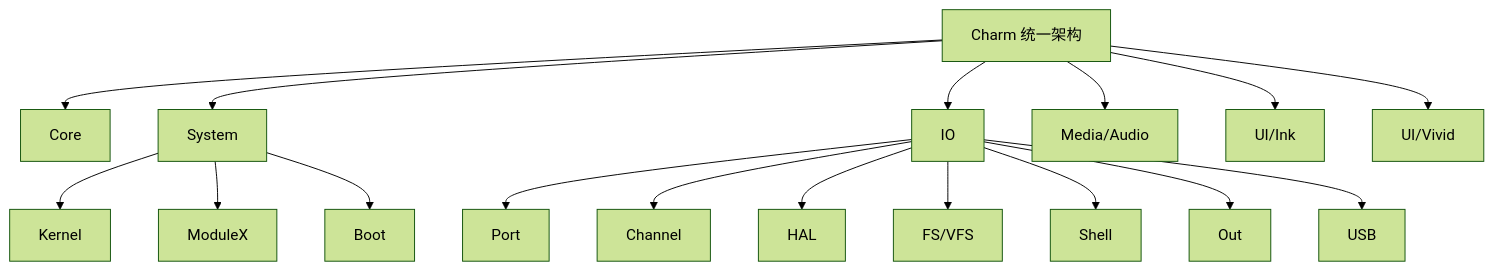
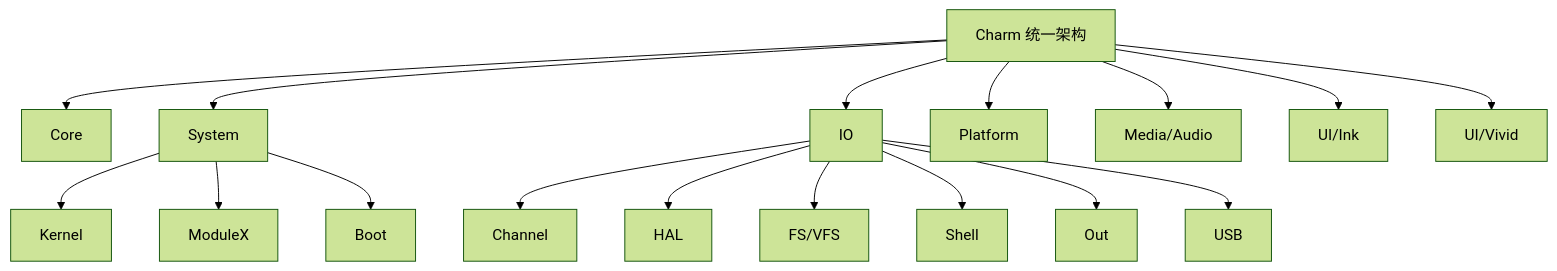
The first of 8 diagrams in docs/architecture_overview.md (Little-Red-Cap/Charm-os), drawn with Mermaid (forest theme) before and after one commit. The commit also changed other lines of this file and 26 other files, not shown here.

````diff
--- a/docs/architecture_overview.md
+++ b/docs/architecture_overview.md
@@ -24,19 +24,19 @@
 ```mermaid
 graph TD
     A[Charm 统一架构] --> C[Core]
     A --> SYS[System]
     A --> IO[IO]
+    A --> PLAT[Platform]
     A --> AU[Media/Audio]
     A --> UI1[UI/Ink]
     A --> UI2[UI/Vivid]
     SYS --> K[Kernel]
     SYS --> M[ModuleX]
     SYS --> B[Boot]
-    IO --> P[Port]
     IO --> CH[Channel]
     IO --> H[HAL]
     IO --> F[FS/VFS]
     IO --> SH[Shell]
     IO --> OUT[Out]
     IO --> USB[USB]
 ```
````
